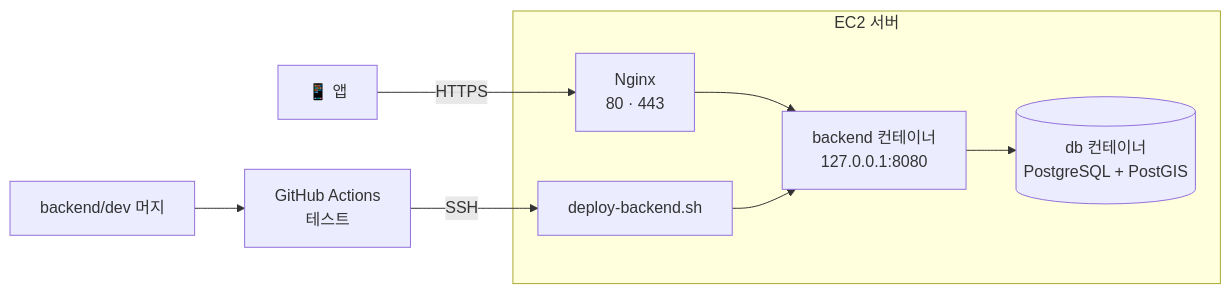
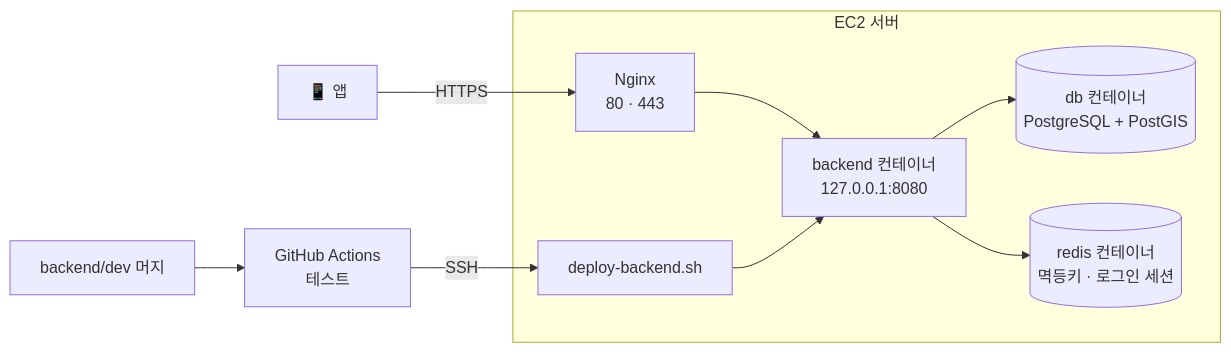
Before and after one commit to SSAFY-A109/Yeogirok: the diagram in infra/README.md, drawn with Mermaid. The commit also changed other lines of this file, not shown here.

First line of the commit message:
docs: 서버 Redis 반영 순서와 점검 방법 정리

````diff
--- a/infra/README.md
+++ b/infra/README.md
@@ -7,11 +7,12 @@
 ```mermaid
 flowchart LR
   PR["backend/dev 머지"] --> GA["GitHub Actions<br/>테스트"]
   GA -->|SSH| SH["deploy-backend.sh"]
   App["📱 앱"] -->|HTTPS| NG
   subgraph EC2["EC2 서버"]
     NG["Nginx<br/>80 · 443"] --> BE["backend 컨테이너<br/>127.0.0.1:8080"]
     BE --> DB[("db 컨테이너<br/>PostgreSQL + PostGIS")]
+    BE --> RD[("redis 컨테이너<br/>멱등키 · 로그인 세션")]
     SH --> BE
   end
 ```
````
